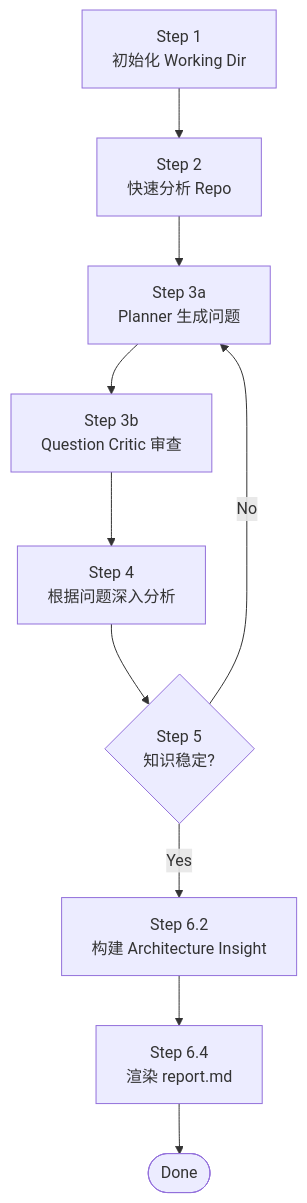
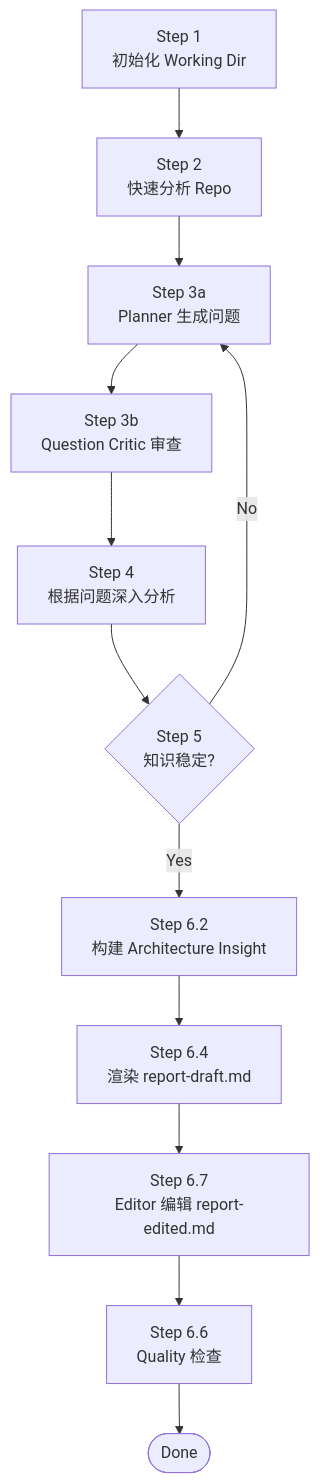
The first of 2 diagrams in .trae/skills/repo-arch-engineering/SKILL.md (devweekly/devweekly.github.io), drawn with Mermaid before and after one commit. The commit also changed other lines of this file and 12 other files, not shown here.

````diff
--- a/.trae/skills/repo-arch-engineering/SKILL.md
+++ b/.trae/skills/repo-arch-engineering/SKILL.md
@@ -23,12 +23,14 @@
 ```mermaid
 flowchart TD
     S1[Step 1<br/>初始化 Working Dir] --> S2[Step 2<br/>快速分析 Repo]
     S2 --> S3a[Step 3a<br/>Planner 生成问题]
     S3a --> S3b[Step 3b<br/>Question Critic 审查]
     S3b --> S4[Step 4<br/>根据问题深入分析]
     S4 --> S5{Step 5<br/>知识稳定?}
     S5 -->|No| S3a
     S5 -->|Yes| S6a[Step 6.2<br/>构建 Architecture Insight]
-    S6a --> S6b[Step 6.4<br/>渲染 report.md]
-    S6b --> Done([Done])
+    S6a --> S6b[Step 6.4<br/>渲染 report-draft.md]
+    S6b --> S6c[Step 6.7<br/>Editor 编辑 report-edited.md]
+    S6c --> S6d[Step 6.6<br/>Quality 检查]
+    S6d --> Done([Done])
 ```
````
